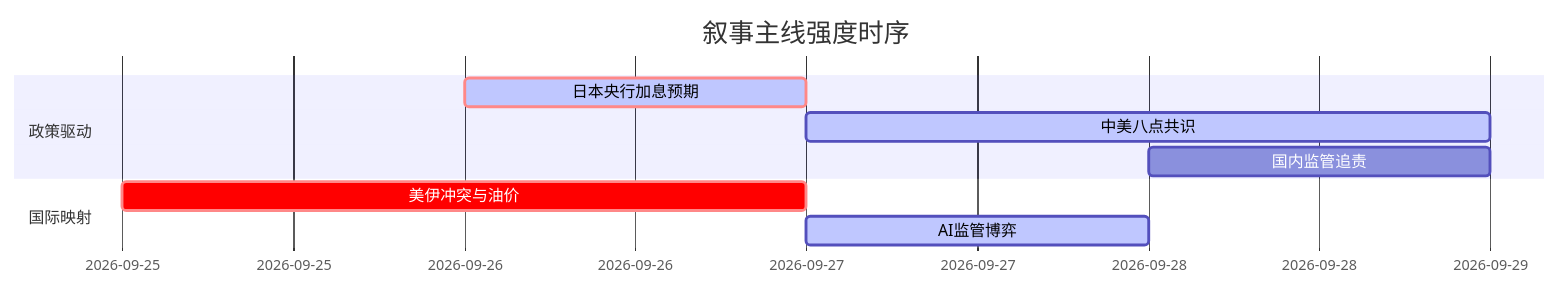
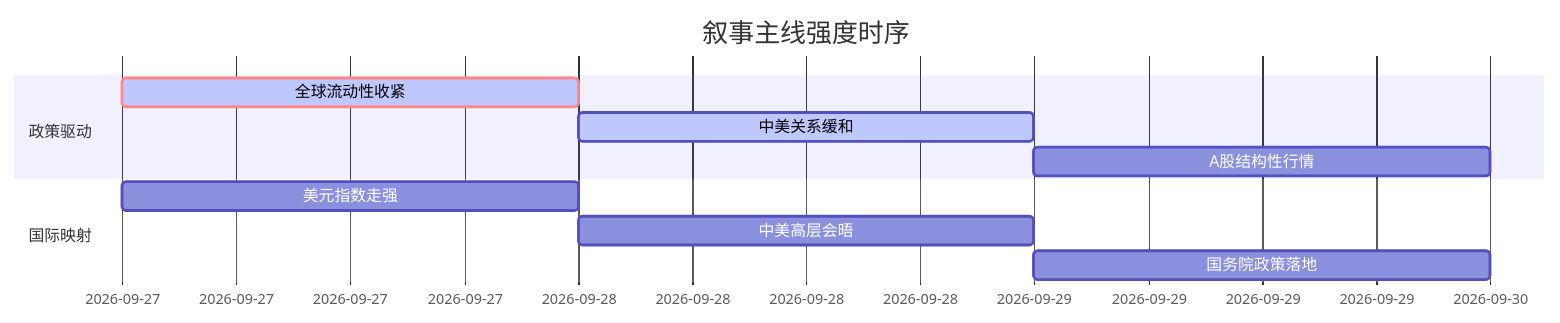
Before and after one commit to uu5zn/uu5zn.github.io: the diagram in 5day_report.md, drawn with Mermaid. The commit also changed other lines of this file and 23 other files, not shown here.

````diff
--- a/5day_report.md
+++ b/5day_report.md
@@ -56,13 +53,14 @@
 ```mermaid
 gantt
     title 叙事主线强度时序
-    dateFormat YYYY-MM-DD
+    dateFormat  YYYY-MM-DD
     section 政策驱动
-    日本央行加息预期   :crit, active, 2026-09-26, 1d
-    中美八点共识       :active, 2026-09-27, 2d
-    国内监管追责       :2026-09-28, 1d
+    全球流动性收紧   :crit, active, 2026-09-27, 1d
+    中美关系缓和      :active, 2026-09-28, 1d
+    A股结构性行情     :2026-09-29, 1d
     
     section 国际映射
-    美伊冲突与油价     :crit, 2026-09-25, 2d
-    AI监管博弈         :active, 2026-09-27, 1d
+    美元指数走强      :2026-09-27, 1d
+    中美高层会晤      :2026-09-28, 1d
+    国务院政策落地    :2026-09-29, 1d
 ```
````
